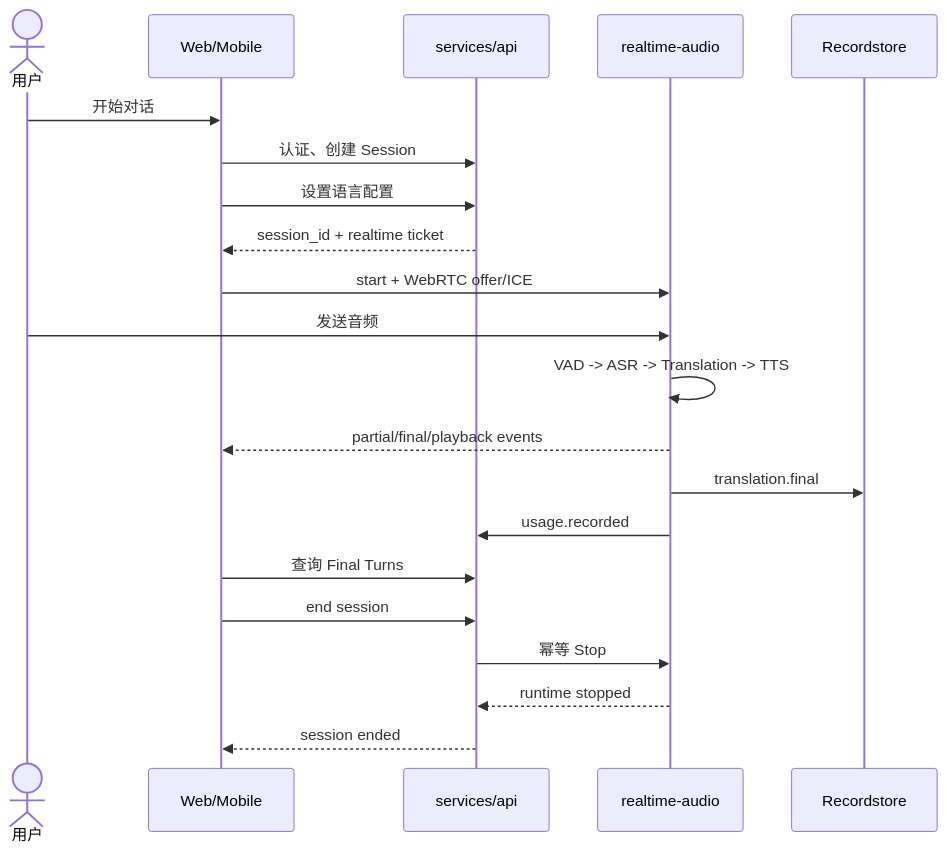
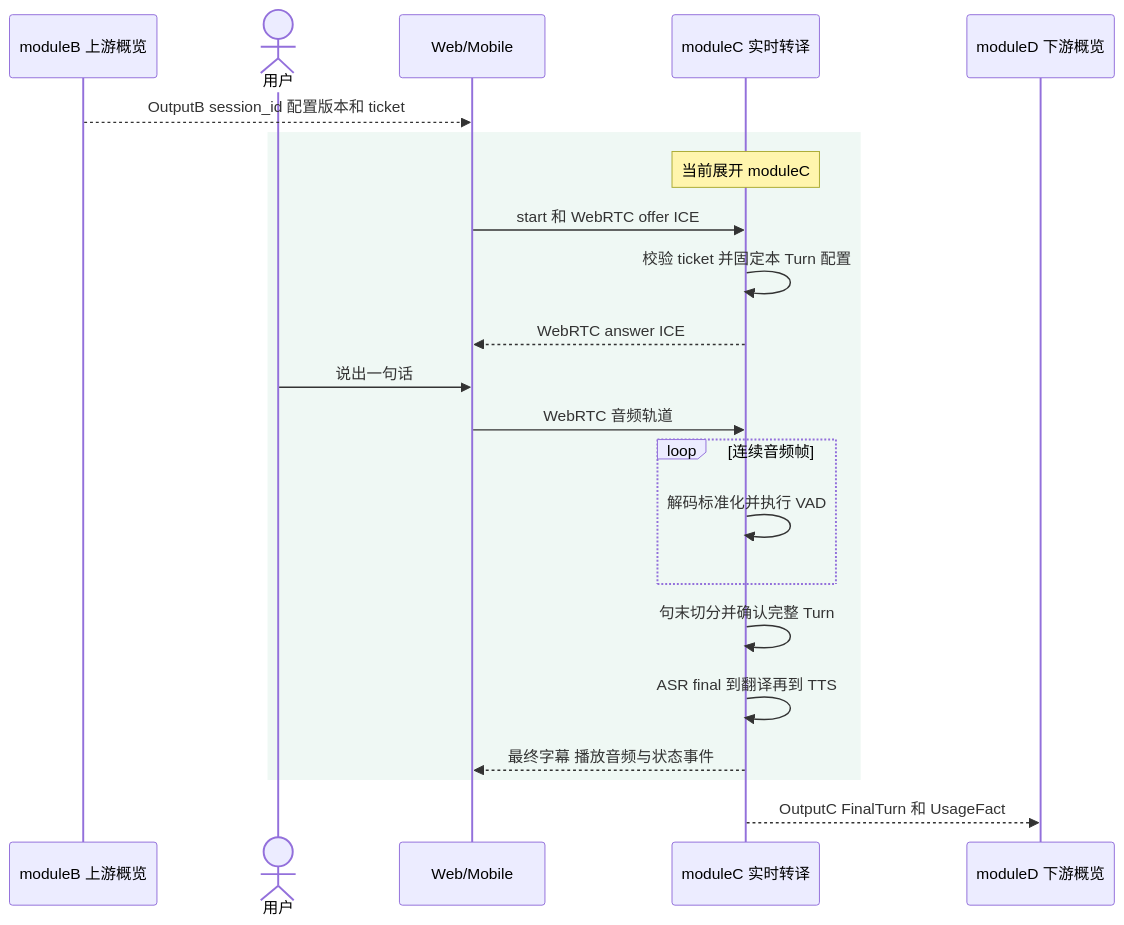
One commit to Gwen317/xe6-tsy changed the fourth of 6 diagrams in docs/USER_STORY_ARCHITECTURE_FLOW.md. Above: the diagram before and after it, drawn with Mermaid. The commit also changed other lines of this file, not shown here.

Commit message:
docs(architecture): split sequence diagrams by module

````diff
--- a/docs/USER_STORY_ARCHITECTURE_FLOW.md
+++ b/docs/USER_STORY_ARCHITECTURE_FLOW.md
@@ -13,24 +169,25 @@
 ```mermaid
 sequenceDiagram
+    participant B as moduleB 上游概览
     actor User as 用户
     participant Client as Web/Mobile
-    participant API as services/api
-    participant RT as realtime-audio
-    participant Store as Recordstore
+    participant C as moduleC 实时转译
+    participant D as moduleD 下游概览
 
-    User->>Client: 开始对话
-    Client->>API: 认证、创建 Session
-    Client->>API: 设置语言配置
-    API-->>Client: session_id + realtime ticket
-    Client->>RT: start + WebRTC offer/ICE
-    User->>RT: 发送音频
-    RT->>RT: VAD -> ASR -> Translation -> TTS
-    RT-->>Client: partial/final/playback events
-    RT->>Store: translation.final
-    RT->>API: usage.recorded
-    Client->>API: 查询 Final Turns
-    Client->>API: end session
-    API->>RT: 幂等 Stop
-    RT-->>API: runtime stopped
-    API-->>Client: session ended
+    B-->>Client: OutputB session_id 配置版本和 ticket
+    rect rgb(239, 248, 244)
+        Note over C: 当前展开 moduleC
+        Client->>C: start 和 WebRTC offer ICE
+        C->>C: 校验 ticket 并固定本 Turn 配置
+        C-->>Client: WebRTC answer ICE
+        User->>Client: 说出一句话
+        Client->>C: WebRTC 音频轨道
+        loop 连续音频帧
+            C->>C: 解码标准化并执行 VAD
+        end
+        C->>C: 句末切分并确认完整 Turn
+        C->>C: ASR final 到翻译再到 TTS
+        C-->>Client: 最终字幕 播放音频与状态事件
+    end
+    C-->>D: OutputC FinalTurn 和 UsageFact
 ```
````
